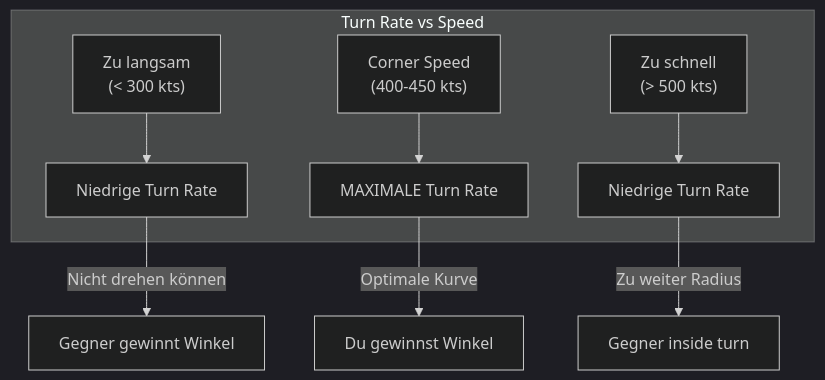
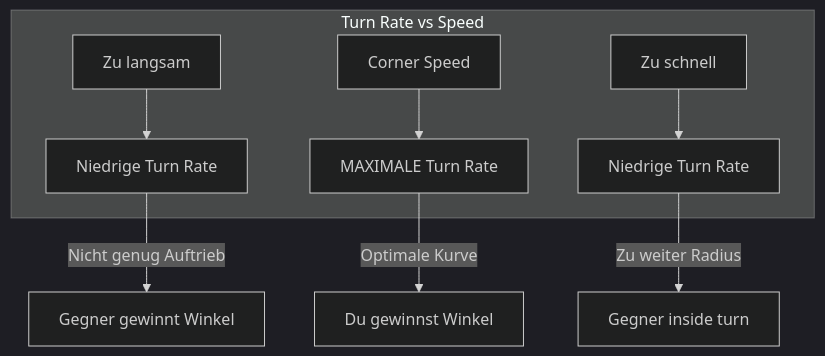
The first of 3 diagrams in docs/grundlagen/energie-management.md (lukaio3D/VFM_Wiki), drawn with Mermaid (dark theme) before and after one commit. The commit also changed other lines of this file and 13 other files, not shown here.

````diff
--- a/docs/grundlagen/energie-management.md
+++ b/docs/grundlagen/energie-management.md
@@ -34,12 +32,12 @@
 ```mermaid
 flowchart TD
     subgraph "Turn Rate vs Speed"
-        SLOW["Zu langsam<br/>(< 300 kts)"] --> LOW1[Niedrige Turn Rate]
-        CORNER["Corner Speed<br/>(400-450 kts)"] --> MAX[MAXIMALE Turn Rate]
-        FAST["Zu schnell<br/>(> 500 kts)"] --> LOW2[Niedrige Turn Rate]
+        SLOW["Zu langsam"] --> LOW1[Niedrige Turn Rate]
+        CORNER["Corner Speed"] --> MAX[MAXIMALE Turn Rate]
+        FAST["Zu schnell"] --> LOW2[Niedrige Turn Rate]
     end
 
-    LOW1 --> |"Nicht drehen können"| BAD1[Gegner gewinnt Winkel]
+    LOW1 --> |"Nicht genug Auftrieb"| BAD1[Gegner gewinnt Winkel]
     MAX --> |"Optimale Kurve"| GOOD[Du gewinnst Winkel]
     LOW2 --> |"Zu weiter Radius"| BAD2[Gegner inside turn]
 ```
````
